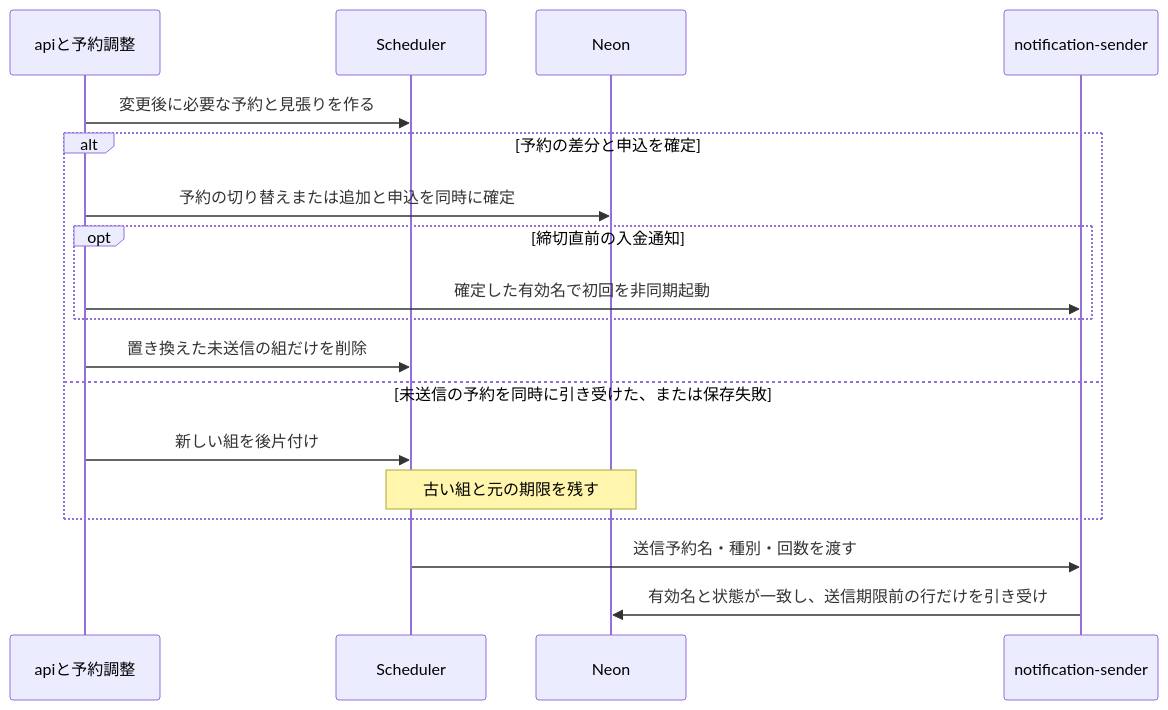
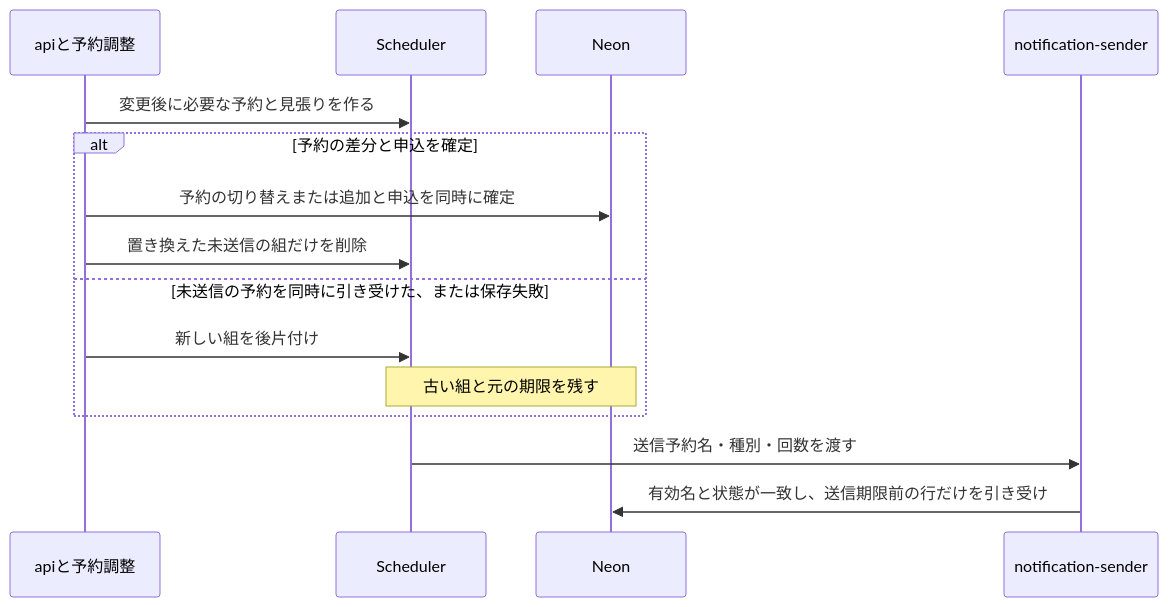
Before and after one commit to oze-xxbumpxx/yoin: the sixth of 6 diagrams in docs/designs/first-slice.md, drawn with Mermaid. The commit also changed other lines of this file and 4 other files, not shown here.

````diff
--- a/docs/designs/first-slice.md
+++ b/docs/designs/first-slice.md
@@ -204,20 +204,17 @@
 ```mermaid
 sequenceDiagram
     participant A as apiと予約調整
     participant S as Scheduler
     participant D as Neon
     participant W as notification-sender
     A->>S: 変更後に必要な予約と見張りを作る
     alt 予約の差分と申込を確定
         A->>D: 予約の切り替えまたは追加と申込を同時に確定
-        opt 締切直前の入金通知
-            A->>W: 確定した有効名で初回を非同期起動
-        end
         A->>S: 置き換えた未送信の組だけを削除
     else 未送信の予約を同時に引き受けた、または保存失敗
         A->>S: 新しい組を後片付け
         Note over D,S: 古い組と元の期限を残す
     end
     S->>W: 送信予約名・種別・回数を渡す
     W->>D: 有効名と状態が一致し、送信期限前の行だけを引き受け
 ```
````
